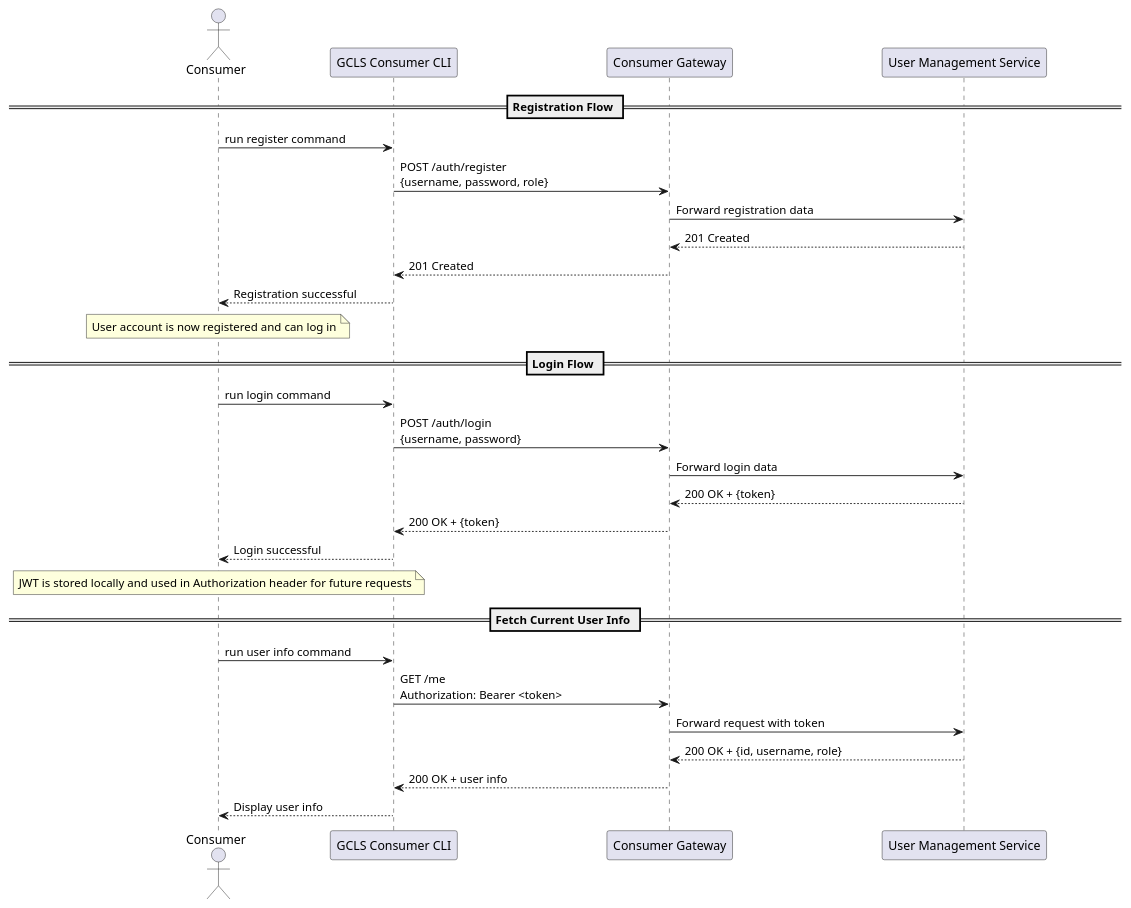
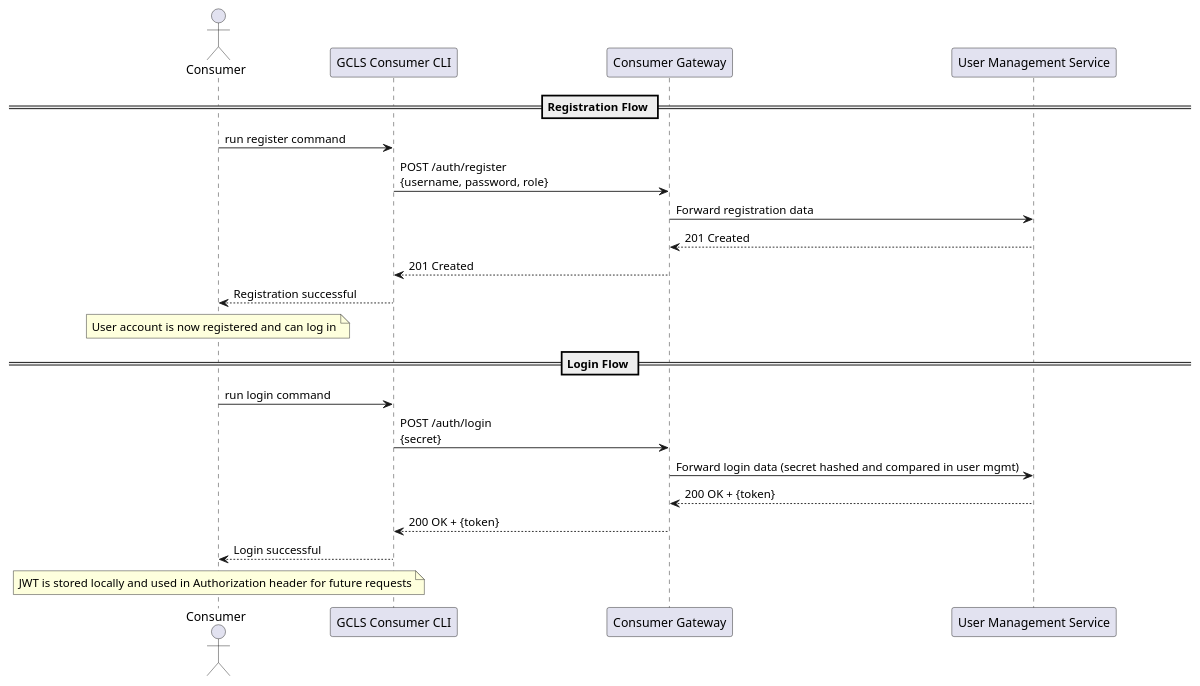
Before and after one commit to informatik-mannheim/cmg-ss2025: the diagram in docs/diagrams/login-consumer-cli.puml, drawn with PlantUML. The commit also changed 1 other file, not shown here.

Commit message:
Updated the api and diagram to the changes discussed in the group

```diff
--- a/docs/diagrams/login-consumer-cli.puml
+++ b/docs/diagrams/login-consumer-cli.puml
@@ -1,43 +1,34 @@
 @startuml login-consumer-cli
 
 skinparam Shadowing false
 skinparam ParticipantPadding 80
 skinparam BoxPadding 10
 
 actor "Consumer" as User
 participant "GCLS Consumer CLI" as CLI
 participant "Consumer Gateway" as Gateway
 participant "User Management Service" as UserMgmt
 
 == Registration Flow ==
 
 User -> CLI: run register command
 CLI -> Gateway: POST /auth/register\n{username, password, role}
 Gateway -> UserMgmt: Forward registration data
 UserMgmt --> Gateway: 201 Created
 Gateway --> CLI: 201 Created
 CLI --> User: Registration successful
 
 note over User: User account is now registered and can log in
 
 == Login Flow ==
 
 User -> CLI: run login command
-CLI -> Gateway: POST /auth/login\n{username, password}
-Gateway -> UserMgmt: Forward login data
+CLI -> Gateway: POST /auth/login\n{secret}
+Gateway -> UserMgmt: Forward login data (secret hashed and compared in user mgmt)
 UserMgmt --> Gateway: 200 OK + {token}
 Gateway --> CLI: 200 OK + {token}
 CLI --> User: Login successful
 
 note over User: JWT is stored locally and used in Authorization header for future requests
 
-== Fetch Current User Info ==
-
-User -> CLI: run user info command
-CLI -> Gateway: GET /me\nAuthorization: Bearer <token>
-Gateway -> UserMgmt: Forward request with token
-UserMgmt --> Gateway: 200 OK + {id, username, role}
-Gateway --> CLI: 200 OK + user info
-CLI --> User: Display user info
-
 @enduml
```
